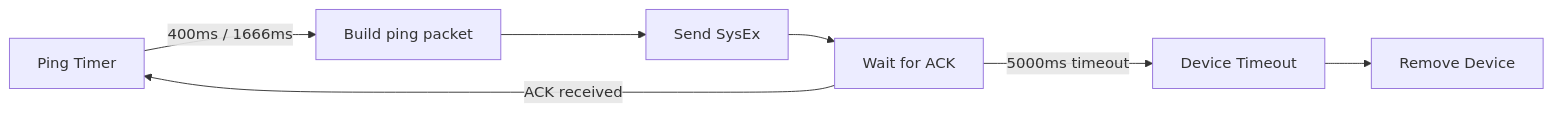
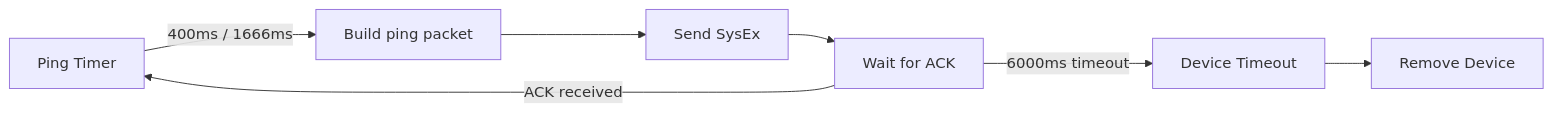
Before and after one commit to hyperb1iss/blocksd: the fourth of 4 diagrams in docs/architecture/data-flow.md, drawn with Mermaid. The commit also changed other lines of this file and 20 other files, not shown here.

````diff
--- a/docs/architecture/data-flow.md
+++ b/docs/architecture/data-flow.md
@@ -91,9 +91,9 @@
 ```mermaid
 graph LR
     TIMER[Ping Timer] -->|400ms / 1666ms| BUILD[Build ping packet]
     BUILD --> SEND[Send SysEx]
     SEND --> WAIT[Wait for ACK]
     WAIT -->|ACK received| TIMER
-    WAIT -->|5000ms timeout| DEAD[Device Timeout]
+    WAIT -->|6000ms timeout| DEAD[Device Timeout]
     DEAD --> CLEANUP[Remove Device]
 ```
````
